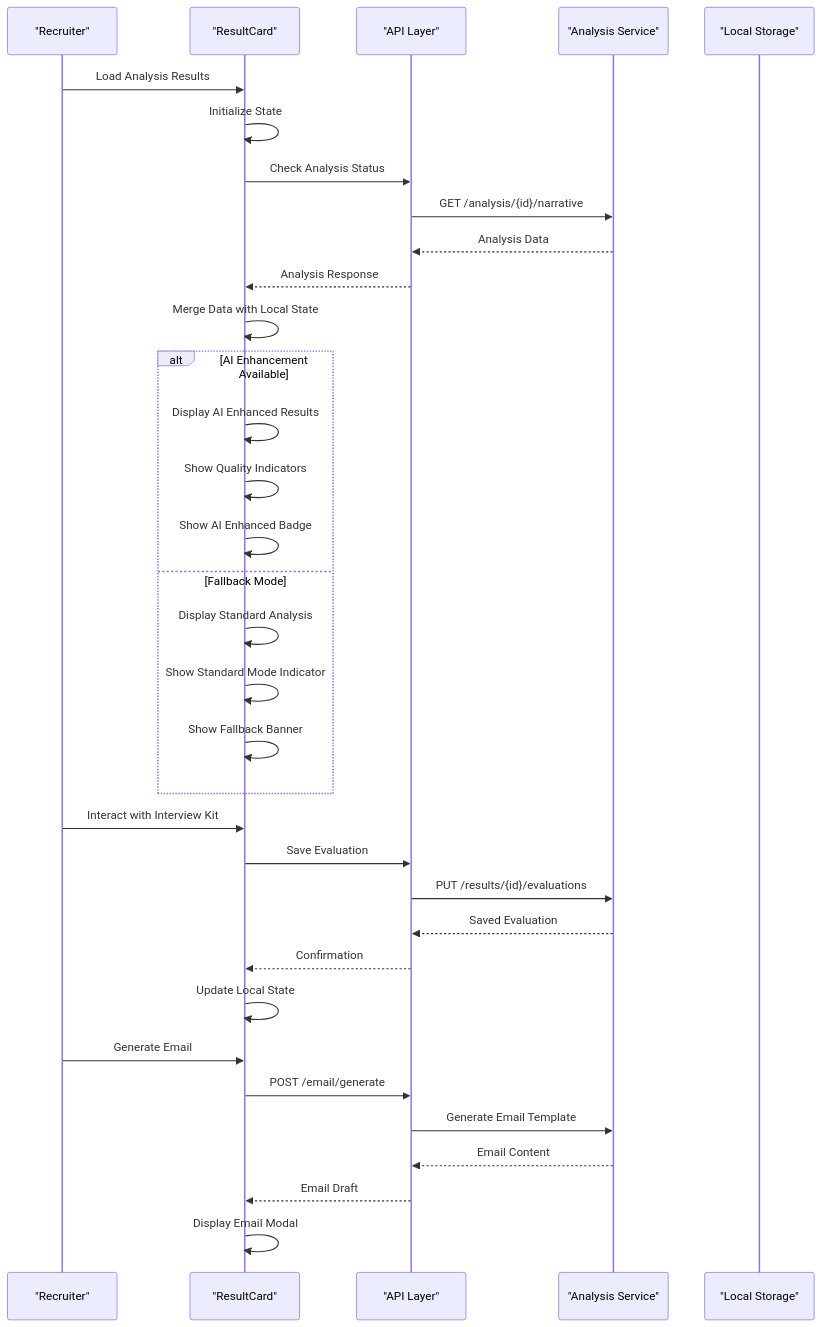
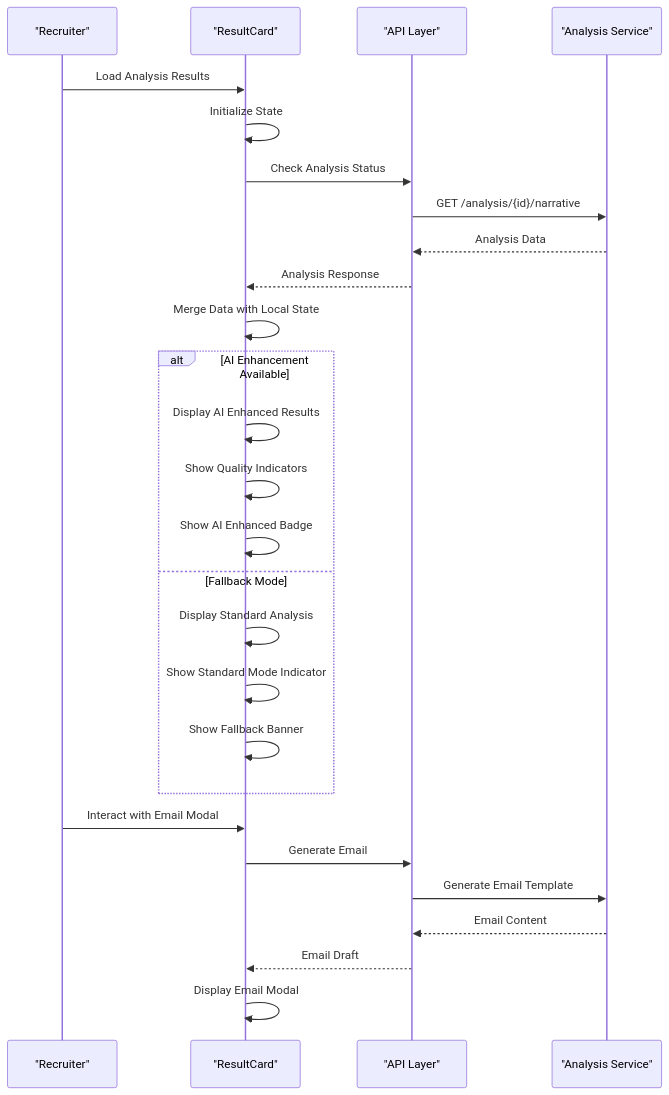
One commit to Revanththetalogics/aireume changed the second of 13 diagrams in .qoder/repowiki/en/content/Frontend Architecture/Component Library/Result Card Component.md. Above: the diagram before and after it, drawn with Mermaid. The commit also changed other lines of this file and 6 other files, not shown here.

````diff
--- a/.qoder/repowiki/en/content/Frontend Architecture/Component Library/Result Card Component.md
+++ b/.qoder/repowiki/en/content/Frontend Architecture/Component Library/Result Card Component.md
@@ -140,36 +143,29 @@
 ```mermaid
 sequenceDiagram
 participant User as "Recruiter"
 participant RC as "ResultCard"
 participant API as "API Layer"
 participant Backend as "Analysis Service"
-participant Cache as "Local Storage"
 User->>RC : Load Analysis Results
 RC->>RC : Initialize State
 RC->>API : Check Analysis Status
 API->>Backend : GET /analysis/{id}/narrative
 Backend-->>API : Analysis Data
 API-->>RC : Analysis Response
 RC->>RC : Merge Data with Local State
 alt AI Enhancement Available
 RC->>RC : Display AI Enhanced Results
 RC->>RC : Show Quality Indicators
 RC->>RC : Show AI Enhanced Badge
 else Fallback Mode
 RC->>RC : Display Standard Analysis
 RC->>RC : Show Standard Mode Indicator
 RC->>RC : Show Fallback Banner
 end
-User->>RC : Interact with Interview Kit
-RC->>API : Save Evaluation
-API->>Backend : PUT /results/{id}/evaluations
-Backend-->>API : Saved Evaluation
-API-->>RC : Confirmation
-RC->>RC : Update Local State
-User->>RC : Generate Email
-RC->>API : POST /email/generate
+User->>RC : Interact with Email Modal
+RC->>API : Generate Email
 API->>Backend : Generate Email Template
 Backend-->>API : Email Content
 API-->>RC : Email Draft
 RC->>RC : Display Email Modal
 ```
````
